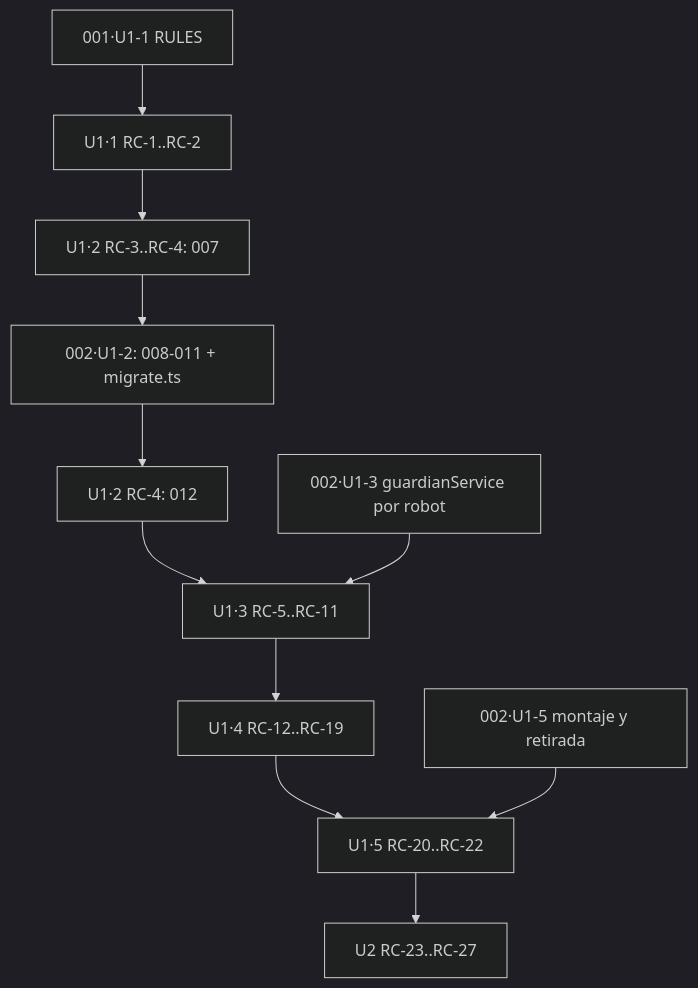
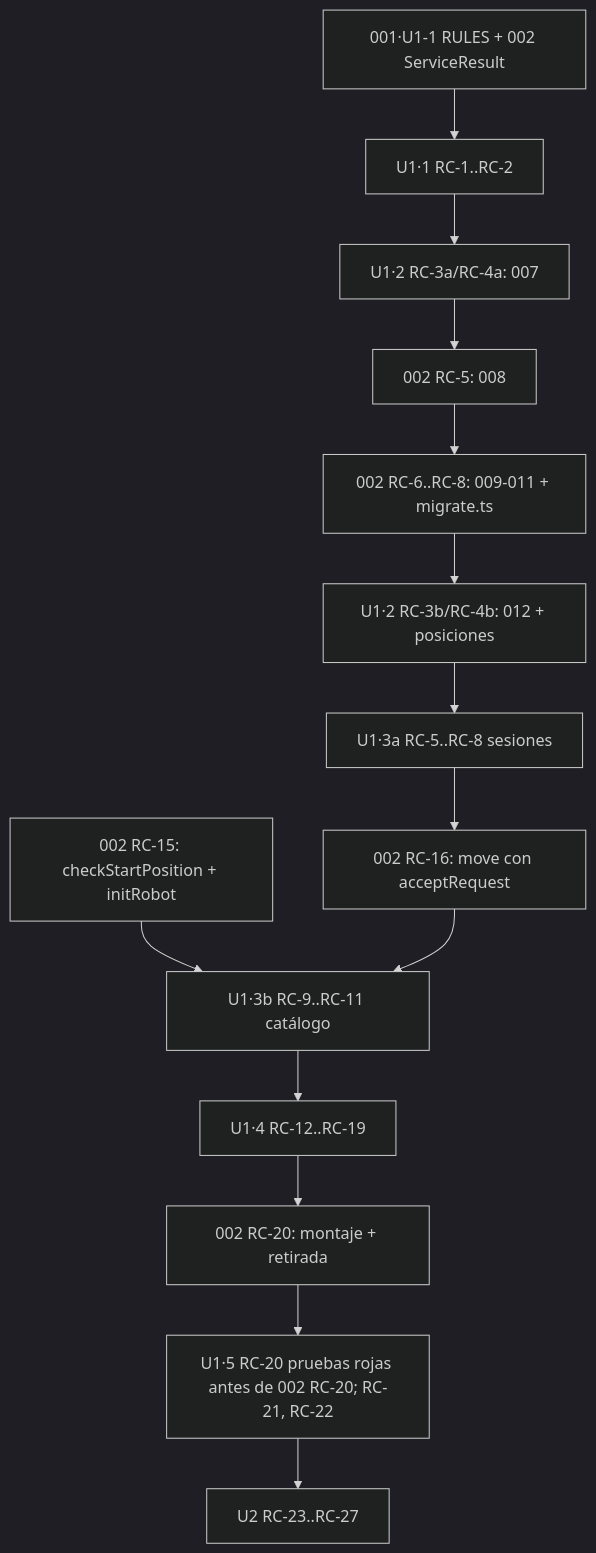
One commit to melyssaS/guardian-hogar-v2 changed the second of 6 diagrams in .kiro/specs/003-movement-simulation/tasks.md. Above: the diagram before and after it, drawn with Mermaid (dark theme). The commit also changed other lines of this file and 8 other files, not shown here.

````diff
--- a/.kiro/specs/003-movement-simulation/tasks.md
+++ b/.kiro/specs/003-movement-simulation/tasks.md
@@ -241,13 +370,18 @@
 ```mermaid
 graph TD
-  R1[001·U1-1 RULES] --> P1[U1·1 RC-1..RC-2]
-  P1 --> P2a[U1·2 RC-3..RC-4: 007]
-  P2a --> M002[002·U1-2: 008-011 + migrate.ts]
-  M002 --> P2b[U1·2 RC-4: 012]
-  P2b --> P3[U1·3 RC-5..RC-11]
-  G002[002·U1-3 guardianService por robot] --> P3
-  P3 --> P4[U1·4 RC-12..RC-19]
-  P4 --> P5[U1·5 RC-20..RC-22]
-  R002[002·U1-5 montaje y retirada] --> P5
+  %% [RC-01 rev3] Alineado con la tabla "Orden intercalado de U1" del tasks.md de la spec 002 (N-5)
+  %% [RC-01 rev4] SUSTITUIDO por el grafo "Dependencias RC-01 rev4" (más abajo); se conserva como histórico.
+  R1[001·U1-1 RULES + 002 ServiceResult] --> P1[U1·1 RC-1..RC-2]
+  P1 --> P2a[U1·2 RC-3a/RC-4a: 007]
+  P2a --> M5[002 RC-5: 008]
+  M5 --> M8[002 RC-6..RC-8: 009-011 + migrate.ts]
+  M8 --> P2b[U1·2 RC-3b/RC-4b: 012 + posiciones]
+  P2b --> P3a[U1·3a RC-5..RC-8 sesiones]
+  P3a --> G16[002 RC-16: move con acceptRequest]
+  G15[002 RC-15: checkStartPosition + initRobot] --> P3b[U1·3b RC-9..RC-11 catálogo]
+  G16 --> P3b
+  P3b --> P4[U1·4 RC-12..RC-19]
+  P4 --> R20[002 RC-20: montaje + retirada]
+  R20 --> P5[U1·5 RC-20 pruebas rojas antes de 002 RC-20; RC-21, RC-22]
   P5 --> U2[U2 RC-23..RC-27]
 ```
````
